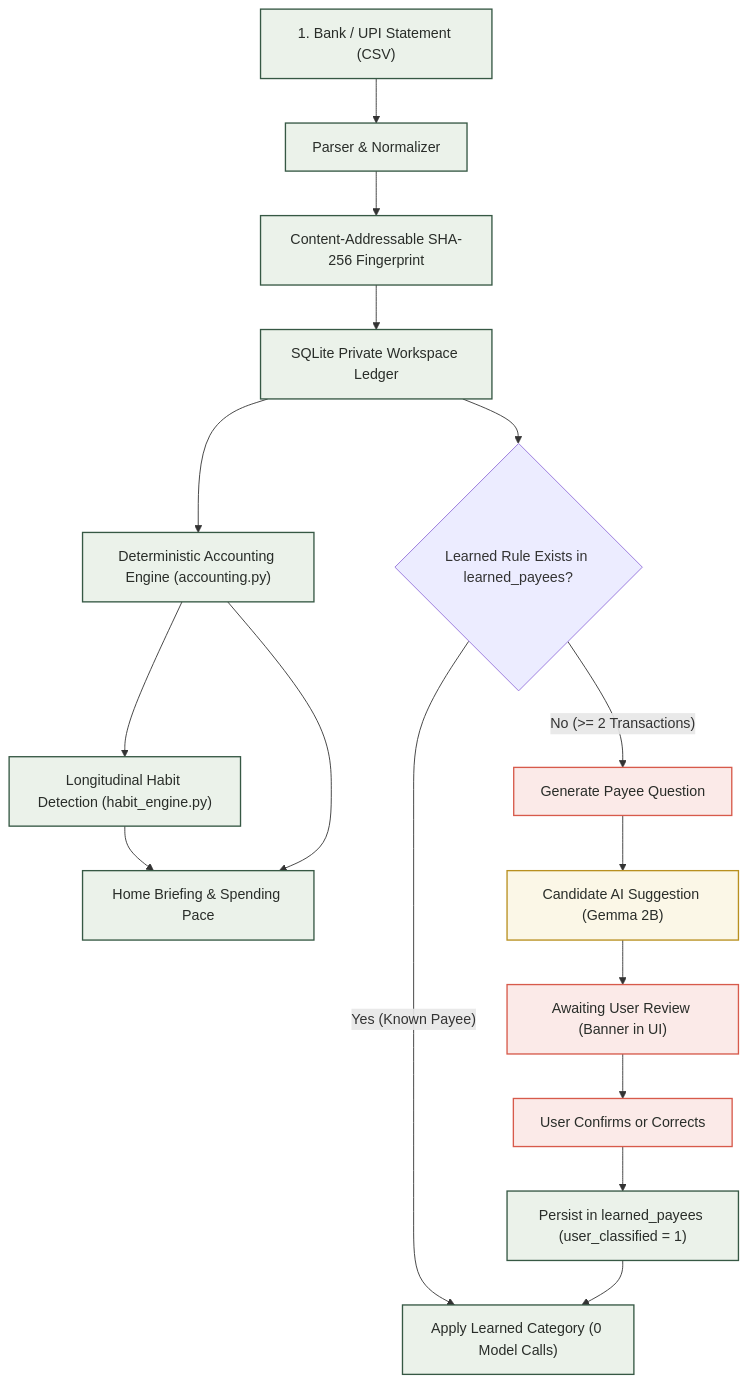
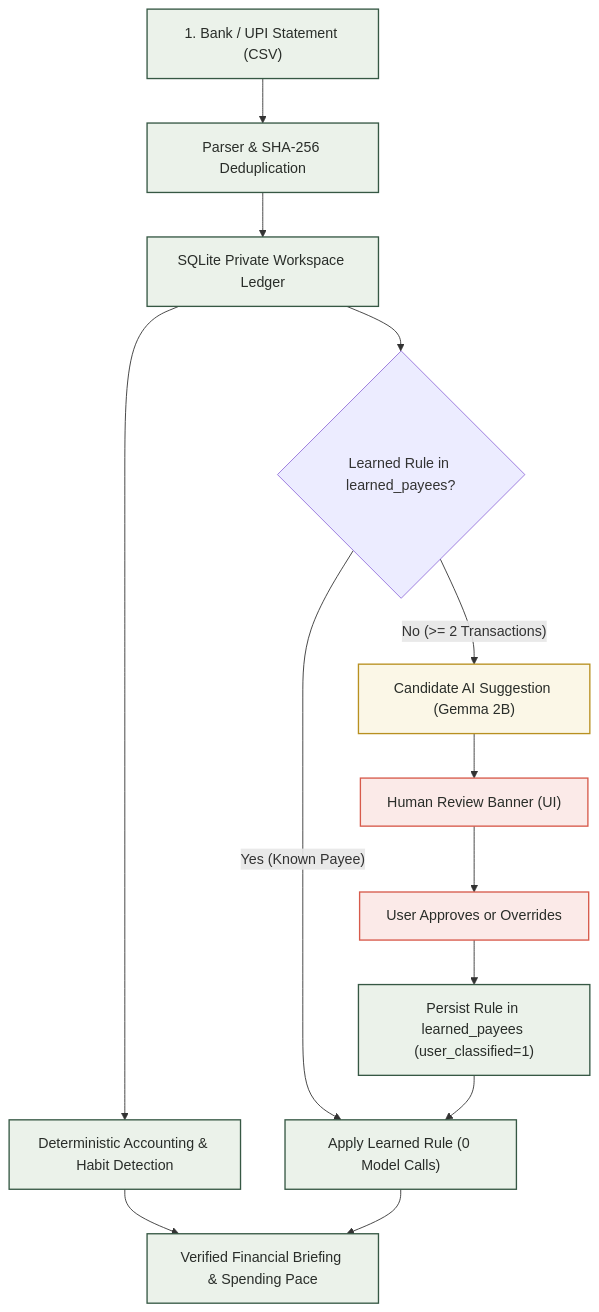
The diagram in README.md (debashis-sharingan-21/usually), drawn with Mermaid before and after one commit. The commit also changed other lines of this file and 1 other file, not shown here.

````diff
--- a/README.md
+++ b/README.md
@@ -154,29 +56,26 @@
 ```mermaid
 flowchart TD
     classDef reliable fill:#EBF2EA,stroke:#365844,stroke-width:1.5px,color:#292D29;
     classDef ai fill:#FBF7E7,stroke:#B89020,stroke-width:1.5px,color:#292D29;
     classDef review fill:#FBEAE8,stroke:#D75A4B,stroke-width:1.5px,color:#292D29;
 
-    A["1. Bank / UPI Statement (CSV)"] --> B["Parser & Normalizer"]
-    B --> C["Content-Addressable SHA-256 Fingerprint"]
-    C --> D["SQLite Private Workspace Ledger"]
-    D --> E["Deterministic Accounting Engine (accounting.py)"]
-    E --> F["Longitudinal Habit Detection (habit_engine.py)"]
+    A["1. Bank / UPI Statement (CSV)"] --> B["Parser & SHA-256 Deduplication"]
+    B --> C["SQLite Private Workspace Ledger"]
+    C --> D["Deterministic Accounting & Habit Detection"]
     
-    D --> G{"Learned Rule Exists in learned_payees?"}
-    G -- "Yes (Known Payee)" --> H["Apply Learned Category (0 Model Calls)"]
-    G -- "No (>= 2 Transactions)" --> I["Generate Payee Question"]
+    C --> E{"Learned Rule in learned_payees?"}
+    E -- "Yes (Known Payee)" --> F["Apply Learned Rule (0 Model Calls)"]
+    E -- "No (>= 2 Transactions)" --> G["Candidate AI Suggestion (Gemma 2B)"]
     
-    I --> J["Candidate AI Suggestion (Gemma 2B)"]
-    J --> K["Awaiting User Review (Banner in UI)"]
-    K --> L["User Confirms or Corrects"]
-    L --> M["Persist in learned_payees (user_classified = 1)"]
-    M --> H
+    G --> H["Human Review Banner (UI)"]
+    H --> I["User Approves or Overrides"]
+    I --> J["Persist Rule in learned_payees (user_classified=1)"]
+    J --> F
 
-    E --> N["Home Briefing & Spending Pace"]
-    F --> N
+    D --> K["Verified Financial Briefing & Spending Pace"]
+    F --> K
 
-    class A,B,C,D,E,F,H,M,N reliable;
-    class J ai;
-    class I,K,L review;
+    class A,B,C,D,F,J,K reliable;
+    class G ai;
+    class H,I review;
 ```
````
